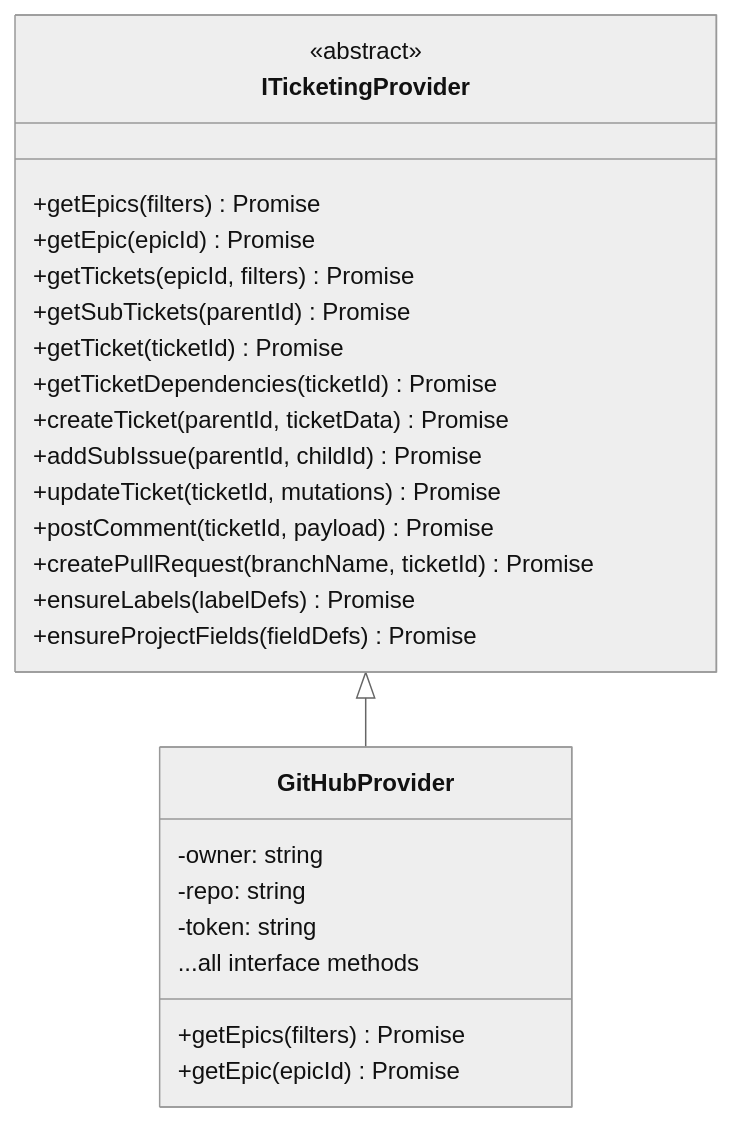
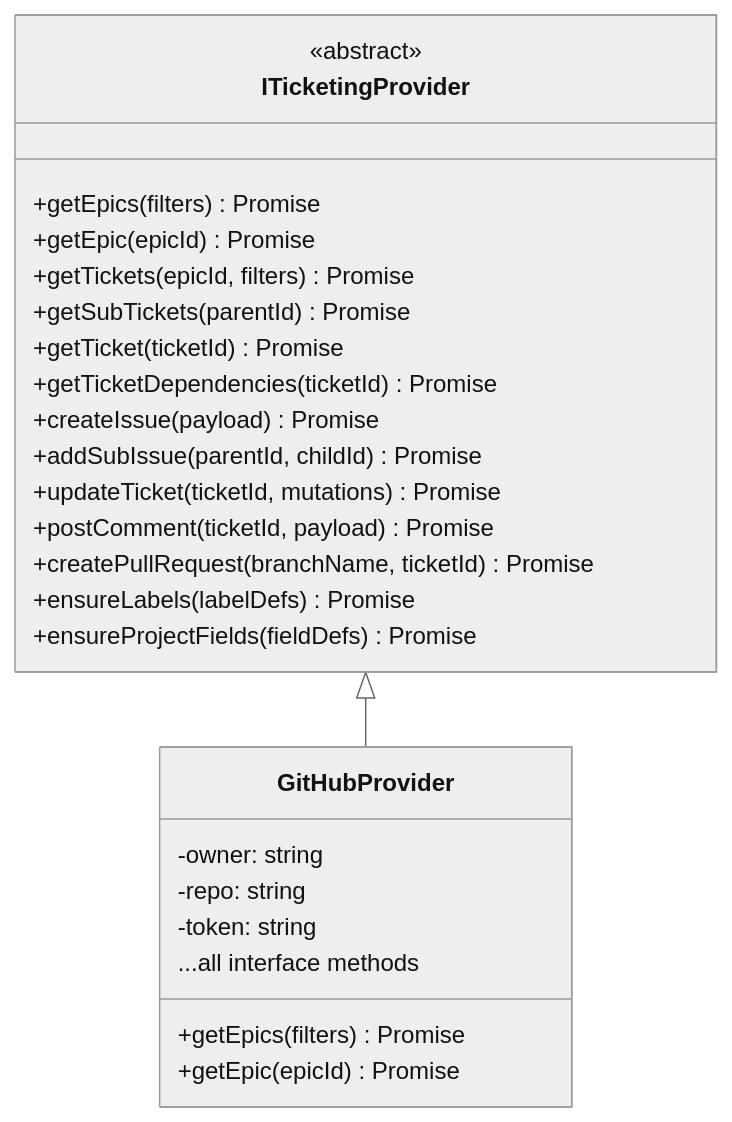
Before and after one commit to dsj1984/mandrel: the third of 6 diagrams in docs/architecture.md, drawn with Mermaid (neutral theme). The commit also changed other lines of this file and 156 other files, not shown here.

````diff
--- a/docs/architecture.md
+++ b/docs/architecture.md
@@ -406,30 +404,30 @@
 ```mermaid
 classDiagram
     class ITicketingProvider {
         <<abstract>>
         +getEpics(filters) Promise
         +getEpic(epicId) Promise
         +getTickets(epicId, filters) Promise
         +getSubTickets(parentId) Promise
         +getTicket(ticketId) Promise
         +getTicketDependencies(ticketId) Promise
-        +createTicket(parentId, ticketData) Promise
+        +createIssue(payload) Promise
         +addSubIssue(parentId, childId) Promise
         +updateTicket(ticketId, mutations) Promise
         +postComment(ticketId, payload) Promise
         +createPullRequest(branchName, ticketId) Promise
         +ensureLabels(labelDefs) Promise
         +ensureProjectFields(fieldDefs) Promise
     }
 
     class GitHubProvider {
         -owner: string
         -repo: string
         -token: string
         +getEpics(filters) Promise
         +getEpic(epicId) Promise
         ...all interface methods
     }
 
     ITicketingProvider <|-- GitHubProvider
 ```
````
